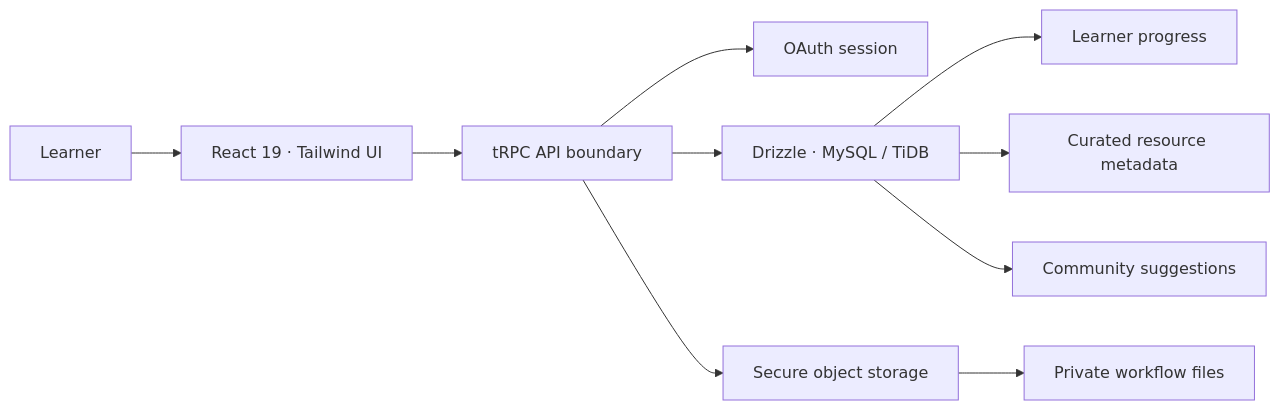
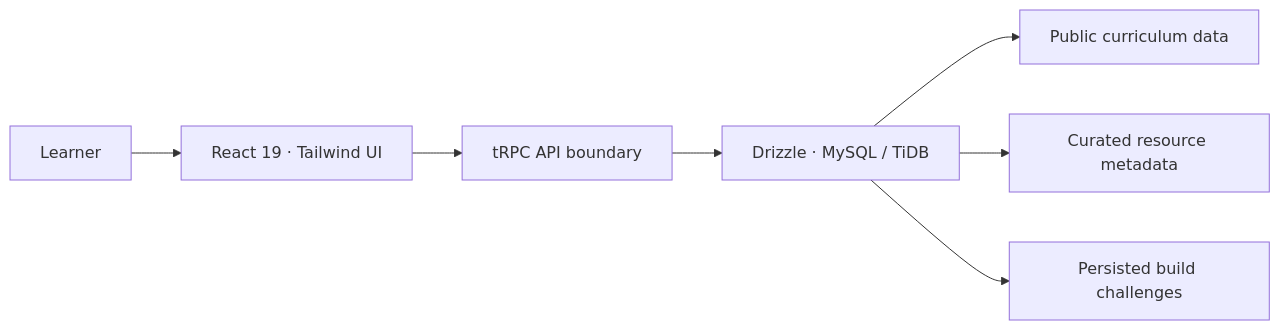
The first of 2 diagrams in README.md (Sohila-Khaled-Abbas/ai-automation-roadmap), drawn with Mermaid before and after one commit. The commit also changed other lines of this file and 23 other files, not shown here.

````diff
--- a/README.md
+++ b/README.md
@@ -64,12 +67,9 @@
 ```mermaid
 flowchart LR
   L["Learner"] --> UI["React 19 · Tailwind UI"]
   UI --> RPC["tRPC API boundary"]
-  RPC --> AUTH["OAuth session"]
   RPC --> DB["Drizzle · MySQL / TiDB"]
-  RPC --> STORE["Secure object storage"]
-  DB --> PROGRESS["Learner progress"]
+  DB --> PROGRESS["Public curriculum data"]
   DB --> RESOURCES["Curated resource metadata"]
-  DB --> SUBMISSIONS["Community suggestions"]
-  STORE --> FILES["Private workflow files"]
+  DB --> PROJECTS["Persisted build challenges"]
 ```
````
